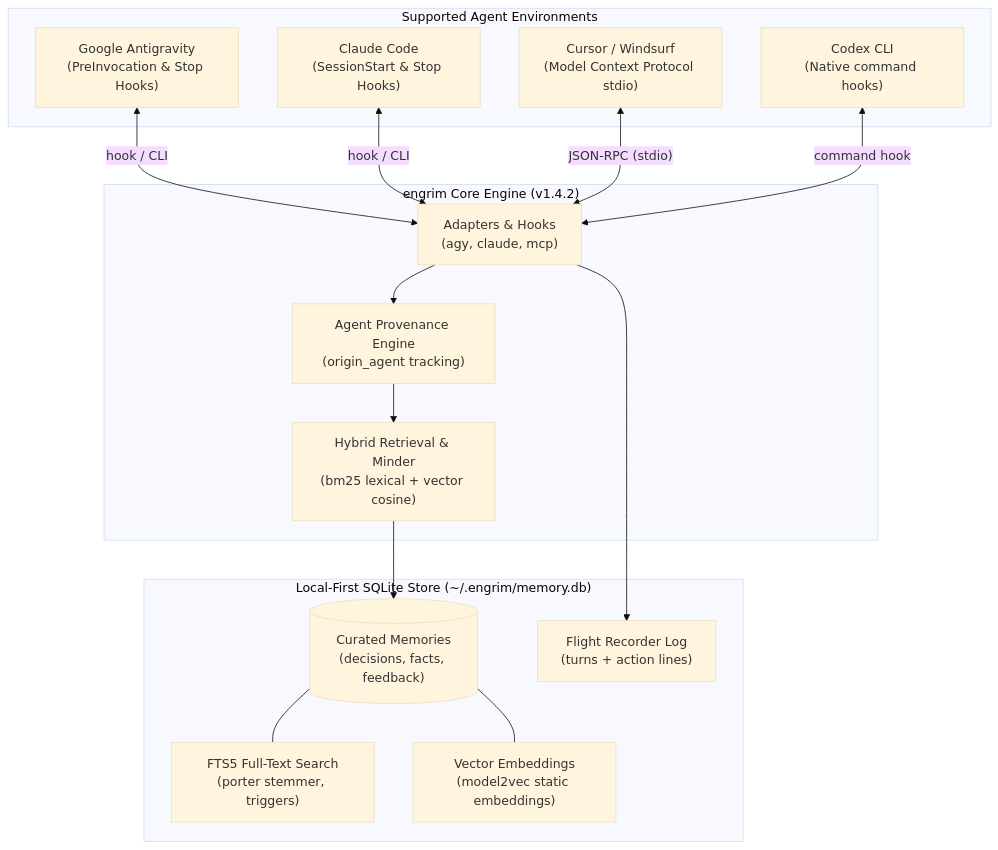
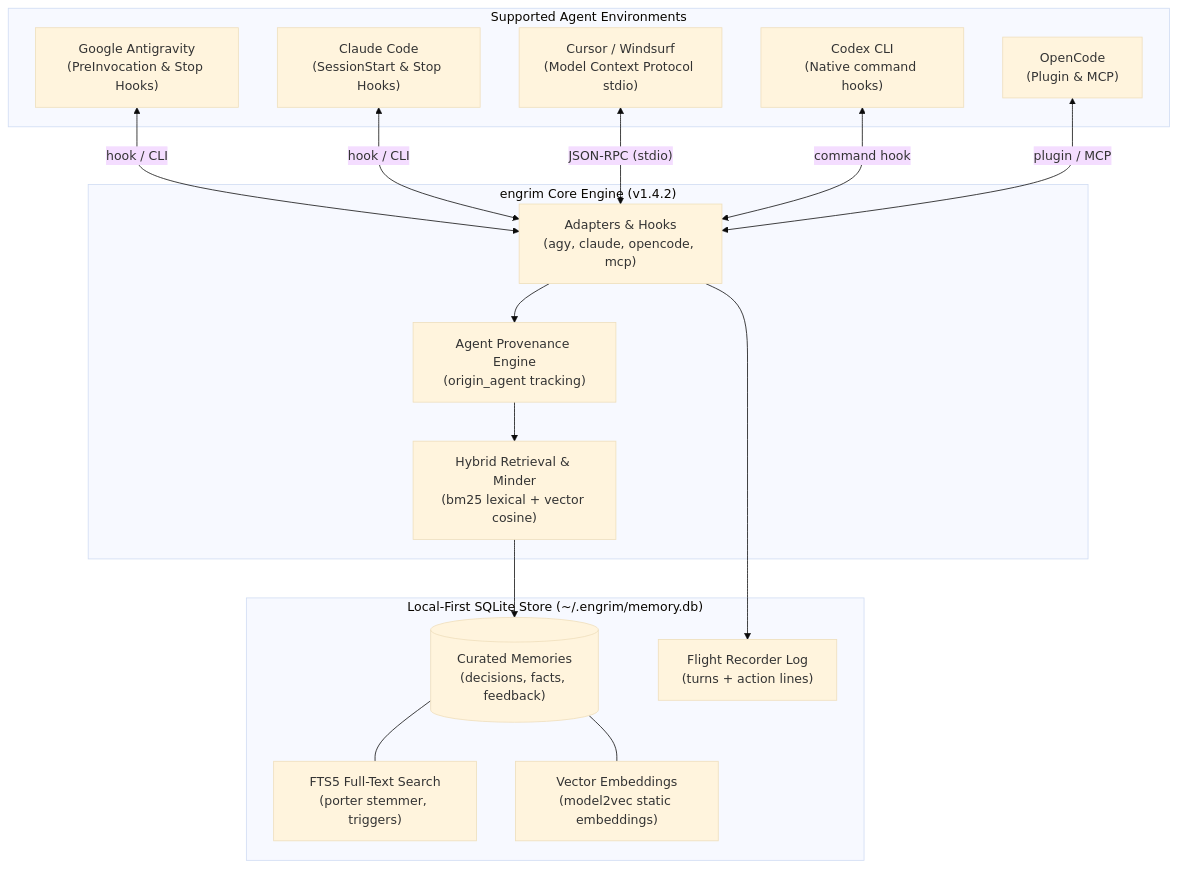
The diagram in README.md (timgordontg/engrim), drawn with Mermaid (base theme) before and after one commit. The commit also changed other lines of this file and 4 other files, not shown here.

````diff
--- a/README.md
+++ b/README.md
@@ -42,33 +42,35 @@
 ```mermaid
 graph TD
     subgraph Agents ["Supported Agent Environments"]
         AGY["Google Antigravity<br/>(PreInvocation & Stop Hooks)"]
         CLAUDE["Claude Code<br/>(SessionStart & Stop Hooks)"]
         CURSOR["Cursor / Windsurf<br/>(Model Context Protocol stdio)"]
         CODEX["Codex CLI<br/>(Native command hooks)"]
+        OPENCODE["OpenCode<br/>(Plugin & MCP)"]
     end
 
     subgraph CoreEngine ["engrim Core Engine (v1.4.2)"]
-        ADAPTERS["Adapters & Hooks<br/>(agy, claude, mcp)"]
+        ADAPTERS["Adapters & Hooks<br/>(agy, claude, opencode, mcp)"]
         PROVENANCE["Agent Provenance Engine<br/>(origin_agent tracking)"]
         ROUTER["Hybrid Retrieval & Minder<br/>(bm25 lexical + vector cosine)"]
     end
 
     subgraph Storage ["Local-First SQLite Store (~/.engrim/memory.db)"]
         MEMORIES[("Curated Memories<br/>(decisions, facts, feedback)")]
         FTS5["FTS5 Full-Text Search<br/>(porter stemmer, triggers)"]
         VEC["Vector Embeddings<br/>(model2vec static embeddings)"]
         LOG["Flight Recorder Log<br/>(turns + action lines)"]
     end
 
     AGY <-->|"hook / CLI"| ADAPTERS
     CLAUDE <-->|"hook / CLI"| ADAPTERS
     CURSOR <-->|"JSON-RPC (stdio)"| ADAPTERS
     CODEX <-->|"command hook"| ADAPTERS
+    OPENCODE <-->|"plugin / MCP"| ADAPTERS
     ADAPTERS --> PROVENANCE
     PROVENANCE --> ROUTER
     ROUTER --> MEMORIES
     MEMORIES --- FTS5
     MEMORIES --- VEC
     ADAPTERS --> LOG
 ```
````
